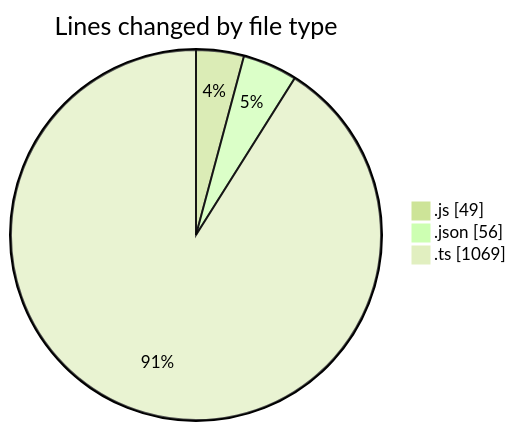
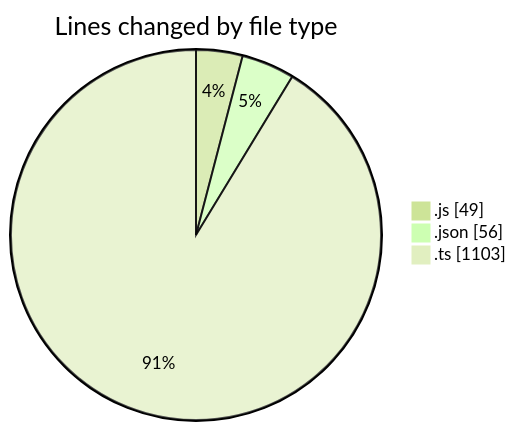
Before and after one commit to momahboobian/code-tracking: the first of 2 diagrams in 2025-09-04/cda/README.md, drawn with Mermaid (forest theme). The commit also changed other lines of this file and 1 other file, not shown here.

````diff
--- a/2025-09-04/cda/README.md
+++ b/2025-09-04/cda/README.md
@@ -23,7 +23,7 @@
 ```mermaid
 pie showData
 title Lines changed by file type
 ".js" : 49
 ".json" : 56
-".ts" : 1069
+".ts" : 1103
 ```
````
